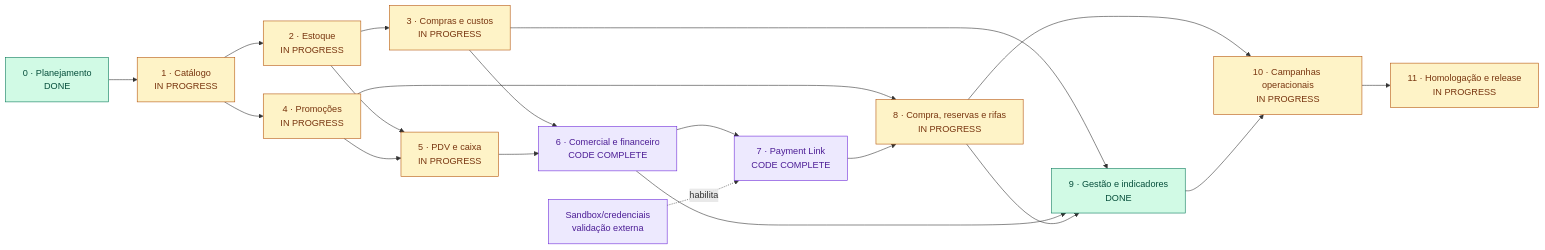
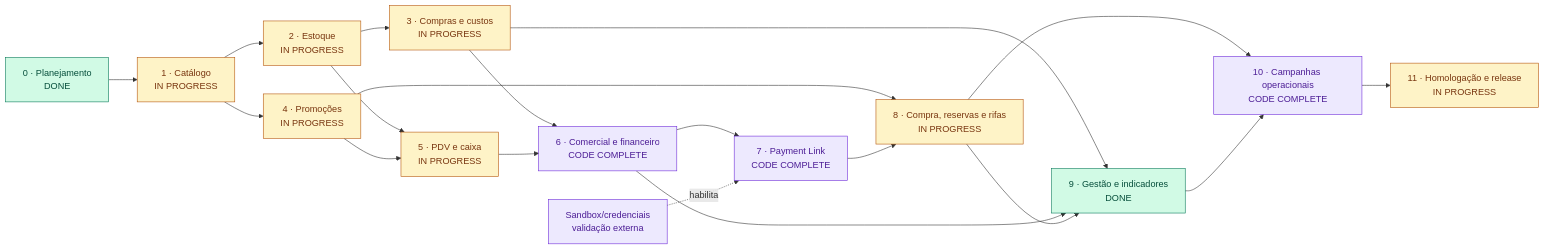
Before and after one commit to Germinatura/germinatura-platform: the diagram in docs/product/ROADMAP.md, drawn with Mermaid. The commit also changed other lines of this file and 4 other files, not shown here.

````diff
--- a/docs/product/ROADMAP.md
+++ b/docs/product/ROADMAP.md
@@ -21,30 +21,30 @@
 ```mermaid
 flowchart LR
     E0["0 · Planejamento<br/>DONE"] --> E1["1 · Catálogo<br/>IN PROGRESS"]
     E1 --> E2["2 · Estoque<br/>IN PROGRESS"]
     E1 --> E4["4 · Promoções<br/>IN PROGRESS"]
     E2 --> E3["3 · Compras e custos<br/>IN PROGRESS"]
     E2 --> E5["5 · PDV e caixa<br/>IN PROGRESS"]
     E4 --> E5
     E3 --> E6["6 · Comercial e financeiro<br/>CODE COMPLETE"]
     E5 --> E6
     E6 --> E7["7 · Payment Link<br/>CODE COMPLETE"]
     E4 --> E8["8 · Compra, reservas e rifas<br/>IN PROGRESS"]
     E7 --> E8
     E3 --> E9["9 · Gestão e indicadores<br/>DONE"]
     E6 --> E9
     E8 --> E9
-    E8 --> E10["10 · Campanhas operacionais<br/>IN PROGRESS"]
+    E8 --> E10["10 · Campanhas operacionais<br/>CODE COMPLETE"]
     E9 --> E10
     E10 --> E11["11 · Homologação e release<br/>IN PROGRESS"]
     S["Sandbox/credenciais<br/>validação externa"] -. habilita .-> E7
 
     classDef done fill:#d1fae5,stroke:#047857,color:#064e3b;
     classDef progress fill:#fef3c7,stroke:#b45309,color:#78350f;
     classDef todo fill:#e5e7eb,stroke:#4b5563,color:#111827;
     classDef external fill:#ede9fe,stroke:#6d28d9,color:#4c1d95;
     class E0,E9 done;
-    class E1,E2,E3,E4,E5,E8,E10,E11 progress;
-    class E6,E7 external;
+    class E1,E2,E3,E4,E5,E8,E11 progress;
+    class E6,E7,E10 external;
     class S external;
 ```
````
